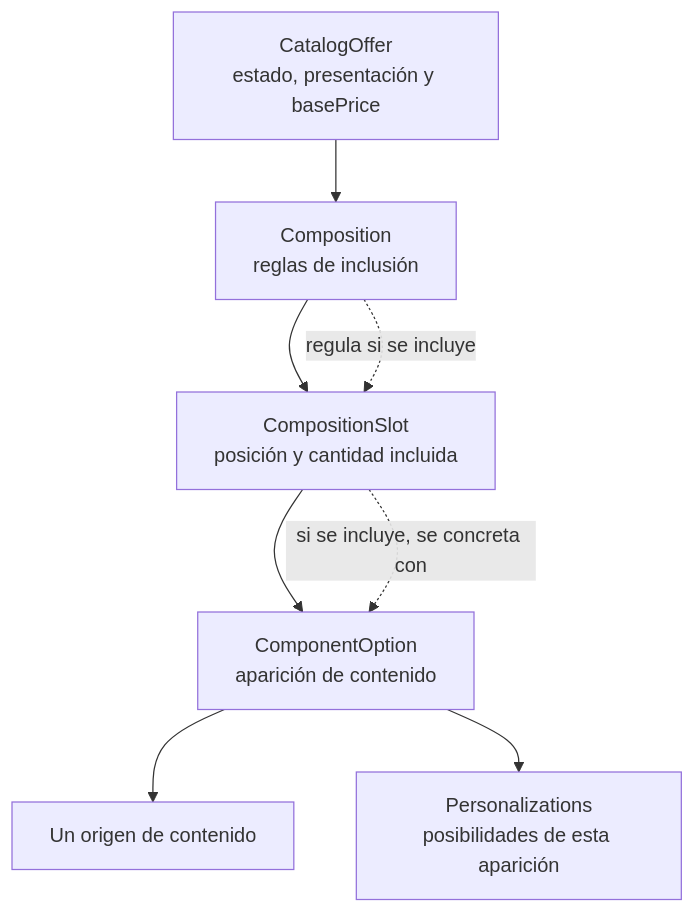
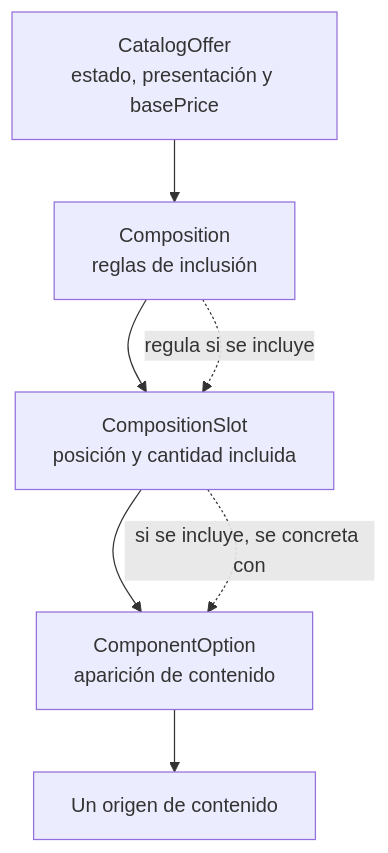
One commit to FMAT-Restaurant/Menu-Documentation changed the second of 2 diagrams in docs/ers/context.md. Above: the diagram before and after it, drawn with Mermaid. The commit also changed other lines of this file and 12 other files, not shown here.

````diff
--- a/docs/ers/context.md
+++ b/docs/ers/context.md
@@ -117,10 +99,9 @@
 ```mermaid
 flowchart TD
     Offer["CatalogOffer<br/>estado, presentación y basePrice"] --> Composition["Composition<br/>reglas de inclusión"]
     Composition --> Slot["CompositionSlot<br/>posición y cantidad incluida"]
     Slot --> Option["ComponentOption<br/>aparición de contenido"]
     Option --> Source["Un origen de contenido"]
-    Option --> Customization["Personalizations<br/>posibilidades de esta aparición"]
     Composition -. "regula si se incluye" .-> Slot
     Slot -. "si se incluye, se concreta con" .-> Option
 ```
````
